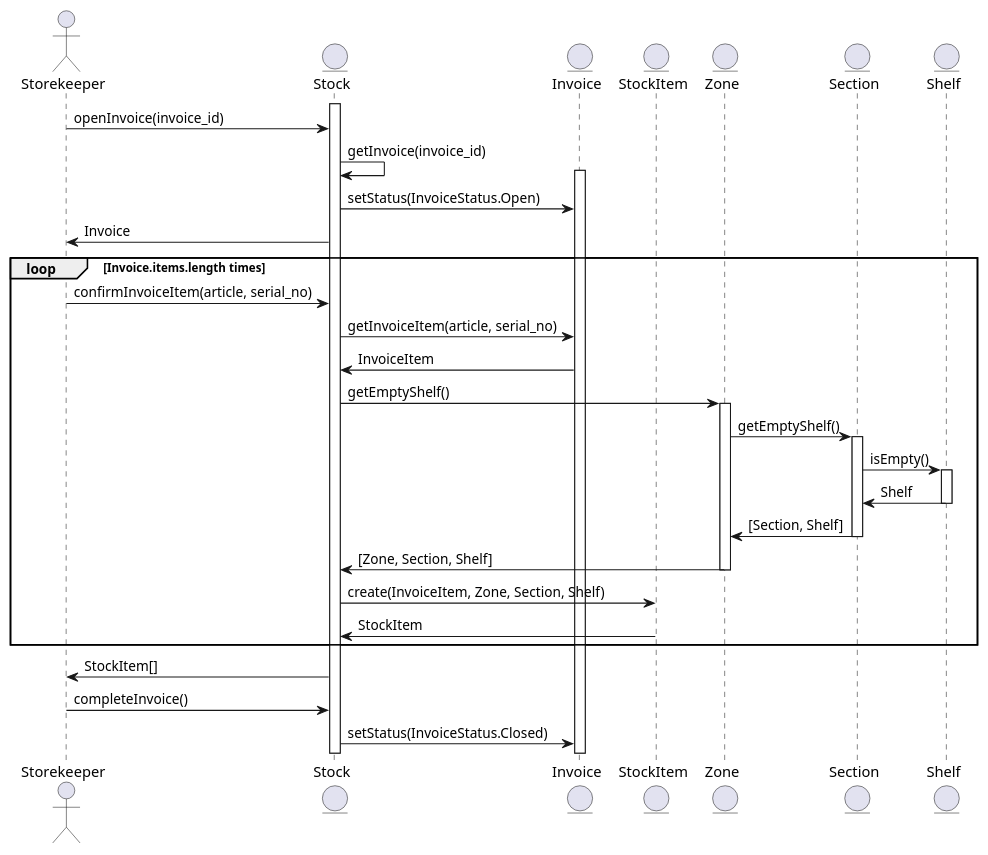
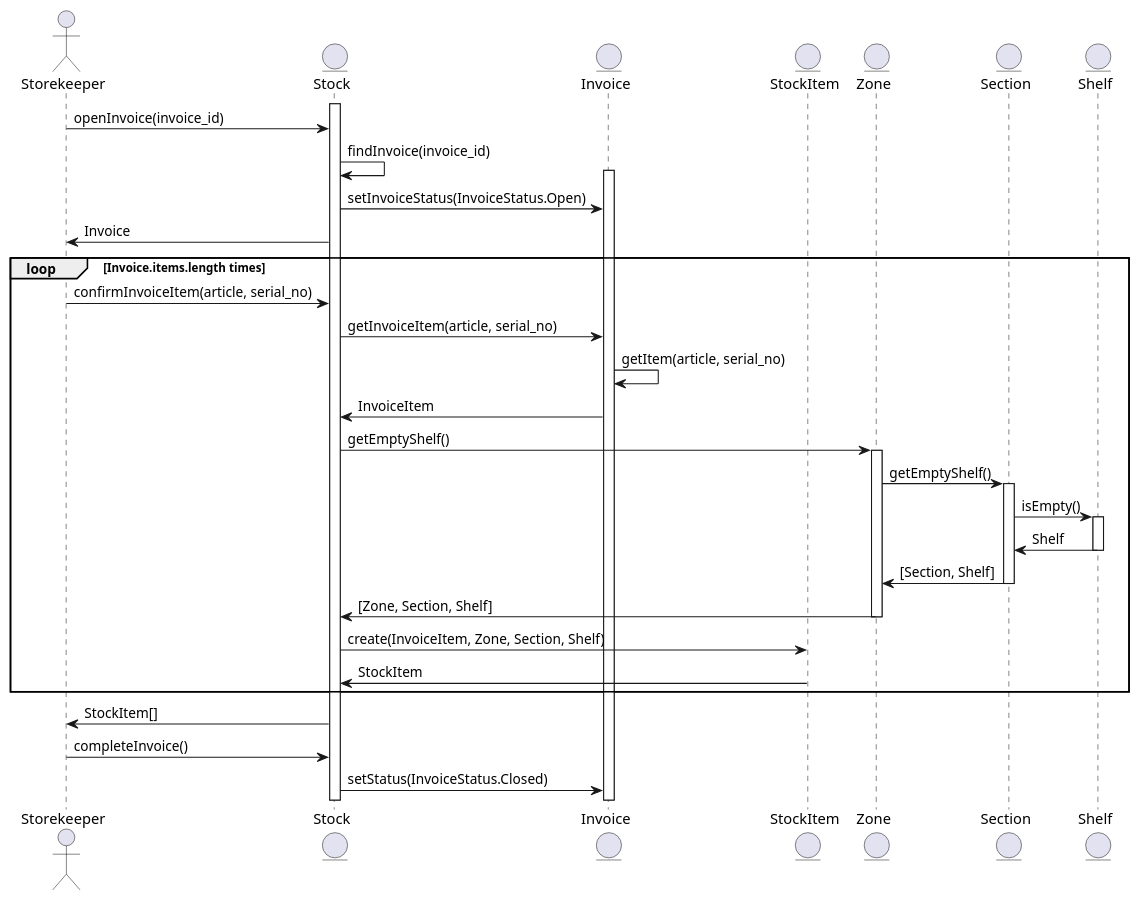
Before and after one commit to penamarth/bsbo-02-21_team5_var6_sklad: the diagram in warehouse/Прецеденты/Получение товара/Диаграмма_последовательности.md, drawn with PlantUML. The commit also changed 1 other file, not shown here.

Commit message:
Change class diagram for Recieve Use-Case

````diff
--- a/warehouse/Прецеденты/Получение товара/Диаграмма_последовательности.md
+++ b/warehouse/Прецеденты/Получение товара/Диаграмма_последовательности.md
@@ -1,45 +1,46 @@
 ```plantuml
 @startuml
 actor Storekeeper
 entity Stock
 entity Invoice
 entity StockItem
 entity Zone
 entity Section
 entity Shelf
 
 activate Stock
 
 Storekeeper -> Stock : openInvoice(invoice_id)
-Stock -> Stock : getInvoice(invoice_id)
+Stock -> Stock : findInvoice(invoice_id)
 activate Invoice
-Stock -> Invoice : setStatus(InvoiceStatus.Open)
+Stock -> Invoice : setInvoiceStatus(InvoiceStatus.Open)
 
 Stock -> Storekeeper : Invoice
 
 loop Invoice.items.length times
     Storekeeper -> Stock : confirmInvoiceItem(article, serial_no)
     Stock -> Invoice : getInvoiceItem(article, serial_no)
+    Invoice -> Invoice: getItem(article, serial_no)
     Invoice -> Stock : InvoiceItem
     Stock -> Zone : getEmptyShelf()
     activate Zone
     Zone -> Section : getEmptyShelf()
     activate Section
     Section -> Shelf : isEmpty()
     activate Shelf
     Shelf -> Section : Shelf
     deactivate Shelf
     Section -> Zone : [Section, Shelf]
     deactivate Section
     Zone -> Stock : [Zone, Section, Shelf]
     deactivate Zone
     Stock -> StockItem : create(InvoiceItem, Zone, Section, Shelf)
     StockItem -> Stock : StockItem
 end
 
 Stock -> Storekeeper : StockItem[]
 Storekeeper -> Stock : completeInvoice()
 Stock -> Invoice: setStatus(InvoiceStatus.Closed)
 
 @enduml
 ```
````
